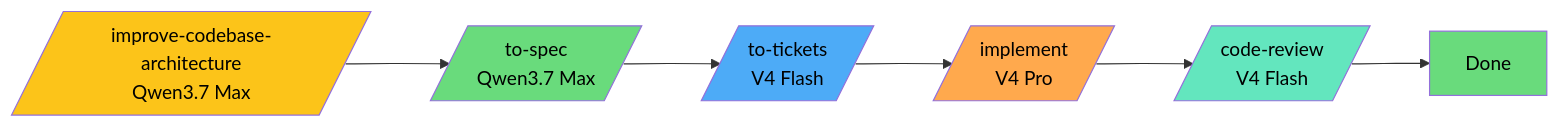
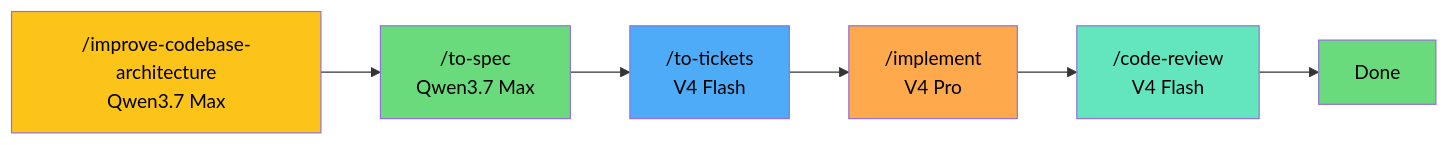
One commit to elisharkray1030/ai-coding-workflow changed the fourth of 5 diagrams in README.md. Above: the diagram before and after it, drawn with Mermaid. The commit also changed other lines of this file, not shown here.

````diff
--- a/README.md
+++ b/README.md
@@ -96,21 +96,21 @@
 ```mermaid
 graph LR
-    AS[/improve-codebase-architecture<br/>Qwen3.7 Max/] --> SP[/to-spec<br/>Qwen3.7 Max/]
-    SP --> TK[/to-tickets<br/>V4 Flash/]
-    TK --> IM[/implement<br/>V4 Pro/]
-    IM --> CR[/code-review<br/>V4 Flash/]
+    AS[ /improve-codebase-architecture<br/>Qwen3.7 Max] --> SP[ /to-spec<br/>Qwen3.7 Max]
+    SP --> TK[ /to-tickets<br/>V4 Flash]
+    TK --> IM[ /implement<br/>V4 Pro]
+    IM --> CR[ /code-review<br/>V4 Flash]
     CR --> DN[Done]
 
     classDef yellow fill:#fcc419,color:#000
     classDef green fill:#69db7c,color:#000
     classDef blue fill:#4dabf7,color:#000
     classDef orange fill:#ffa94d,color:#000
     classDef teal fill:#63e6be,color:#000
 
     class AS yellow
     class SP green
     class TK blue
     class IM orange
     class CR teal
     class DN green
 ```
````
